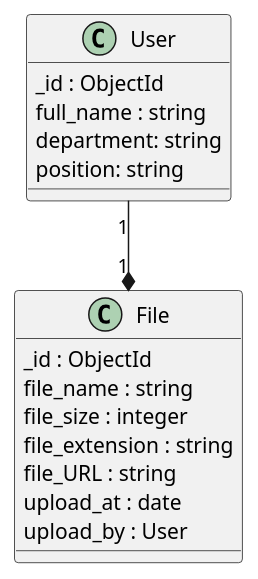
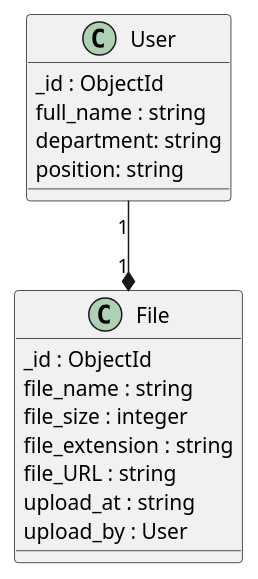
The diagram in Mongodb.puml (ElenaRomanenkoElena/SYSTEM_ANALITICS), drawn with PlantUML before and after one commit.

```diff
--- a/Mongodb.puml
+++ b/Mongodb.puml
@@ -1,29 +1,29 @@
 @startuml
 
 
 
 skinparam linetype ortho
 
 
 class User {
     _id : ObjectId
     full_name : string
     department: string
     position: string
     
 }
 
 class File {
     _id : ObjectId
     file_name : string
     file_size : integer
     file_extension : string
     file_URL : string
-    upload_at : date
+    upload_at : string
     upload_by : User
 }
 
 
 User "1" --* "1"  File 
 
 @enduml
```
